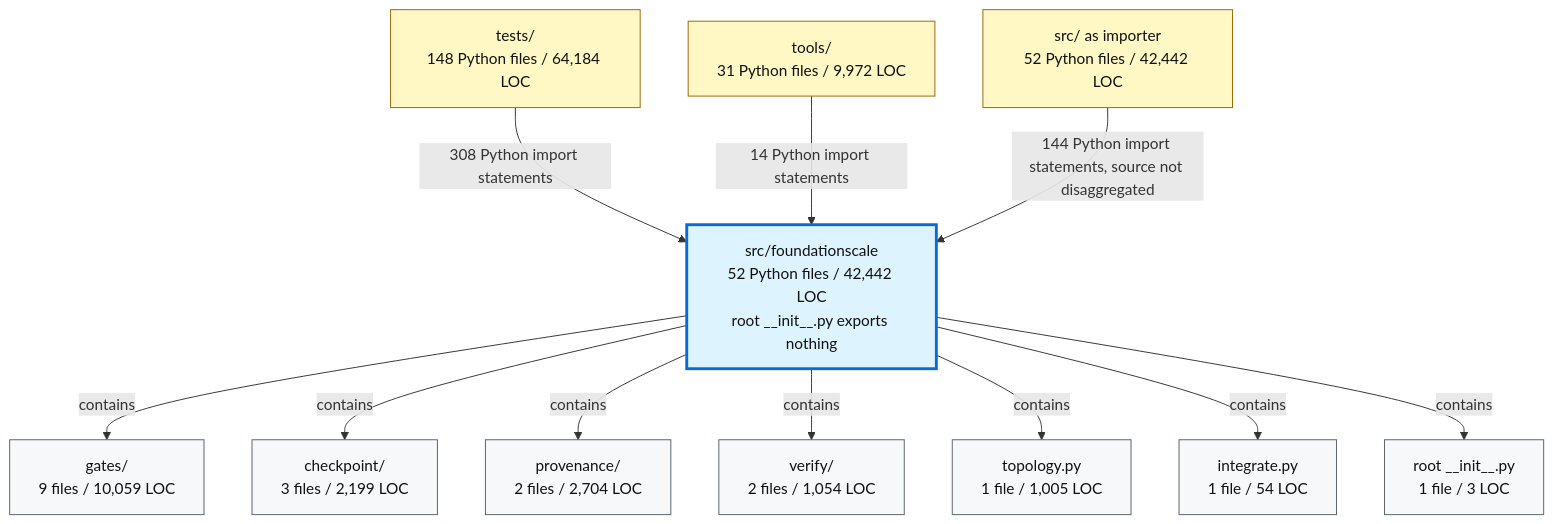
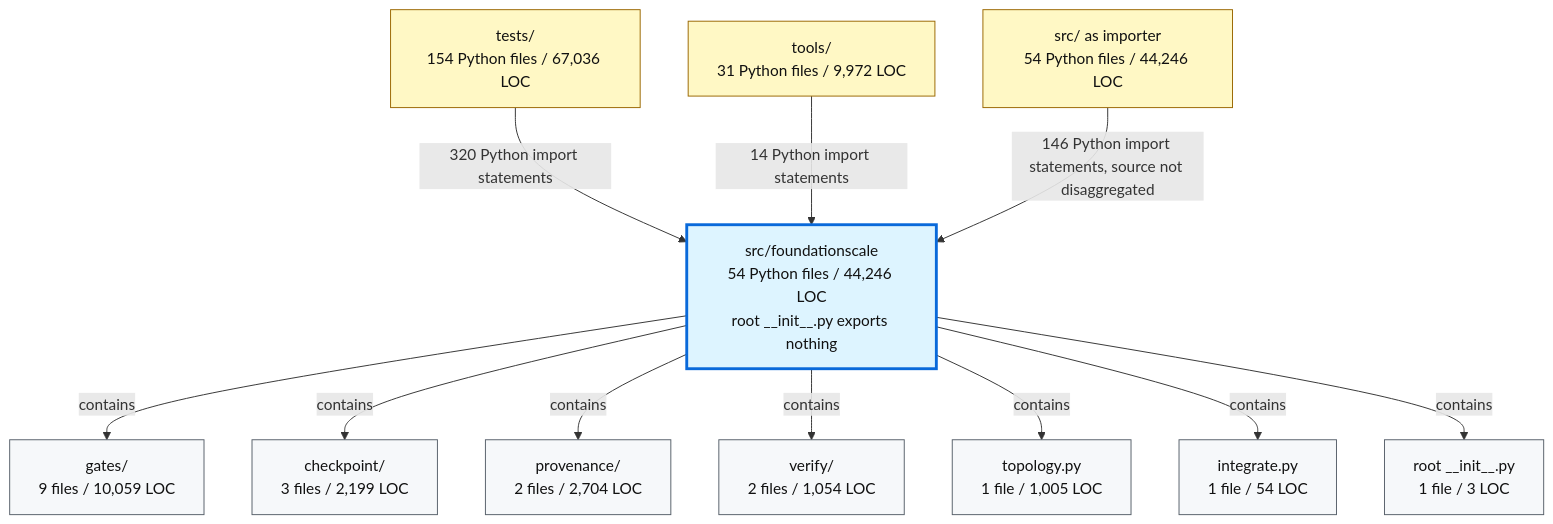
The second of 2 diagrams in docs/review/D2_current_architecture.md (TranNhiem/FoundationScale), drawn with Mermaid before and after one commit. The commit also changed other lines of this file and 34 other files, not shown here.

````diff
--- a/docs/review/D2_current_architecture.md
+++ b/docs/review/D2_current_architecture.md
@@ -97,36 +97,36 @@
 ```mermaid
 flowchart TB
-  TESTS["tests/<br/>148 Python files / 64,184 LOC"]
+  TESTS["tests/<br/>154 Python files / 67,036 LOC"]
   TOOLS["tools/<br/>31 Python files / 9,972 LOC"]
-  SRC["src/ as importer<br/>52 Python files / 42,442 LOC"]
+  SRC["src/ as importer<br/>54 Python files / 44,246 LOC"]
 
-  FS["src/foundationscale<br/>52 Python files / 42,442 LOC<br/>root __init__.py exports nothing"]
+  FS["src/foundationscale<br/>54 Python files / 44,246 LOC<br/>root __init__.py exports nothing"]
 
   GATES["gates/<br/>9 files / 10,059 LOC"]
   CKPT["checkpoint/<br/>3 files / 2,199 LOC"]
   PROV["provenance/<br/>2 files / 2,704 LOC"]
   VERIFY["verify/<br/>2 files / 1,054 LOC"]
   TOPO["topology.py<br/>1 file / 1,005 LOC"]
   INTEG["integrate.py<br/>1 file / 54 LOC"]
   ROOT["root __init__.py<br/>1 file / 3 LOC"]
 
-  TESTS -->|"308 Python import statements"| FS
+  TESTS -->|"320 Python import statements"| FS
   TOOLS -->|"14 Python import statements"| FS
-  SRC -->|"144 Python import statements, source not disaggregated"| FS
+  SRC -->|"146 Python import statements, source not disaggregated"| FS
 
   FS -->|"contains"| GATES
   FS -->|"contains"| CKPT
   FS -->|"contains"| PROV
   FS -->|"contains"| VERIFY
   FS -->|"contains"| TOPO
   FS -->|"contains"| INTEG
   FS -->|"contains"| ROOT
 
   classDef consumer fill:#fff8c5,stroke:#9a6700,color:#111;
   classDef package fill:#ddf4ff,stroke:#0969da,stroke-width:3px,color:#111;
   classDef module fill:#f6f8fa,stroke:#57606a,color:#111;
 
   class TESTS,TOOLS,SRC consumer;
   class FS package;
   class GATES,CKPT,PROV,VERIFY,TOPO,INTEG,ROOT module;
 ```
````
